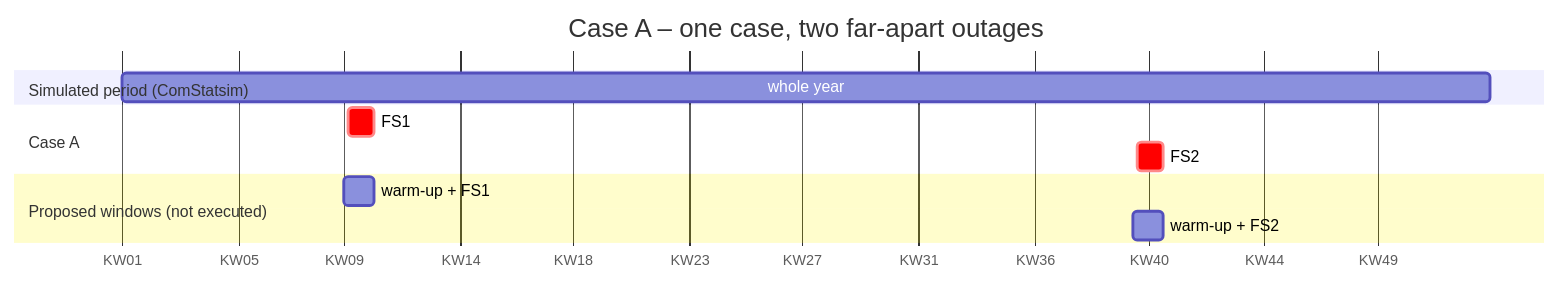
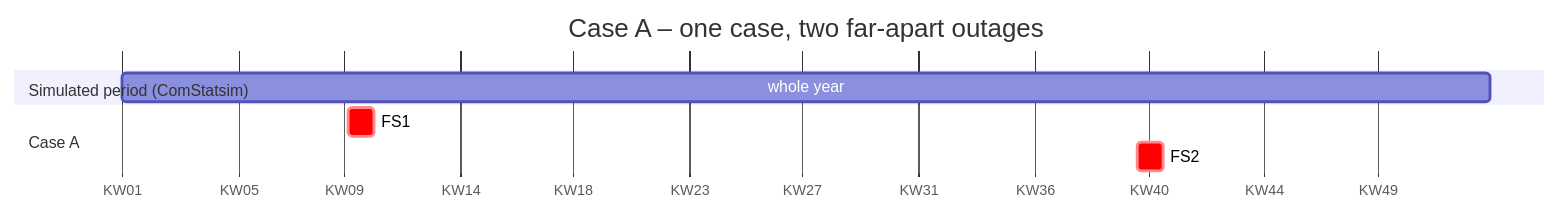
One commit to hadiibrahim-Engin/GridLensAssessment changed the eighth of 8 diagrams in docs/ARCHITECTURE.md. Above: the diagram before and after it, drawn with Mermaid. The commit also changed other lines of this file and 17 other files, not shown here.

````diff
--- a/docs/ARCHITECTURE.md
+++ b/docs/ARCHITECTURE.md
@@ -406,14 +487,11 @@
 ```mermaid
 gantt
     title Case A – one case, two far-apart outages
     dateFormat YYYY-MM-DD
     axisFormat KW%V
     section Simulated period (ComStatsim)
     whole year                 :2026-01-01, 2026-12-31
     section Case A
     FS1                        :crit, 2026-03-02, 7d
     FS2                        :crit, 2026-09-28, 7d
-    section Proposed windows (not executed)
-    warm-up + FS1              :2026-03-01, 8d
-    warm-up + FS2              :2026-09-27, 8d
 ```
````
